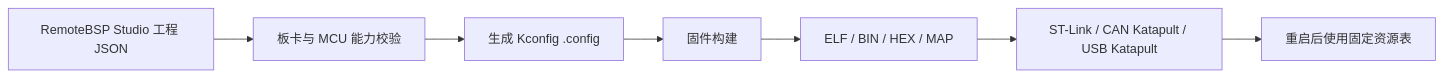
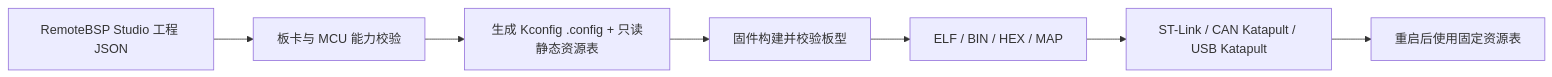
The diagram in docs/configuration-and-studio.md (sendu2wfdx/RemoteBSP), drawn with Mermaid before and after one commit. The commit also changed other lines of this file and 11 other files, not shown here.

````diff
--- a/docs/configuration-and-studio.md
+++ b/docs/configuration-and-studio.md
@@ -9,9 +9,9 @@
 ```mermaid
 flowchart LR
     A["RemoteBSP Studio 工程 JSON"] --> B["板卡与 MCU 能力校验"]
-    B --> C["生成 Kconfig .config"]
-    C --> D["固件构建"]
+    B --> C["生成 Kconfig .config + 只读静态资源表"]
+    C --> D["固件构建并校验板型"]
     D --> E["ELF / BIN / HEX / MAP"]
     E --> F["ST-Link / CAN Katapult / USB Katapult"]
     F --> G["重启后使用固定资源表"]
 ```
````
